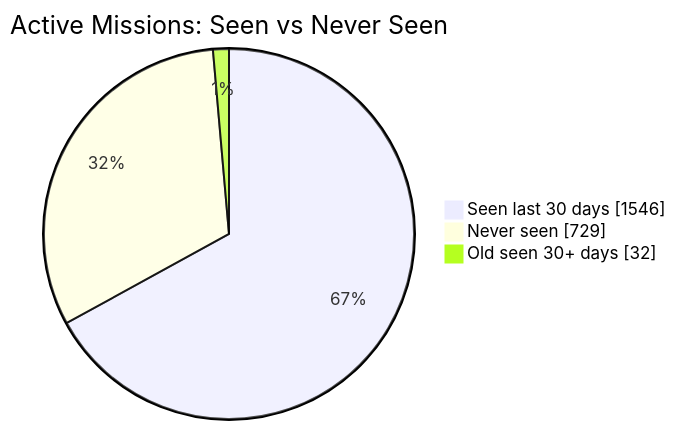
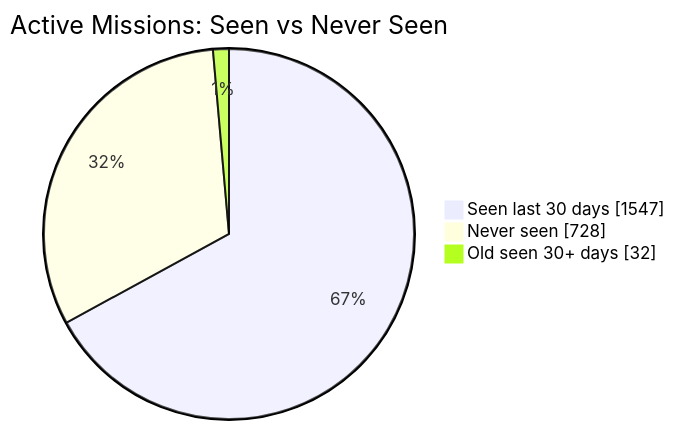
The first of 2 diagrams in README.md (MeldkamerspelGameTeam/active-missions), drawn with Mermaid before and after one commit. The commit also changed other lines of this file and 2 other files, not shown here.

````diff
--- a/README.md
+++ b/README.md
@@ -34,7 +34,7 @@
 ```mermaid
 pie showData
     title Active Missions: Seen vs Never Seen
-    "Seen last 30 days" : 1546
-    "Never seen" : 729
+    "Seen last 30 days" : 1547
+    "Never seen" : 728
     "Old seen 30+ days" : 32
 ```
````
